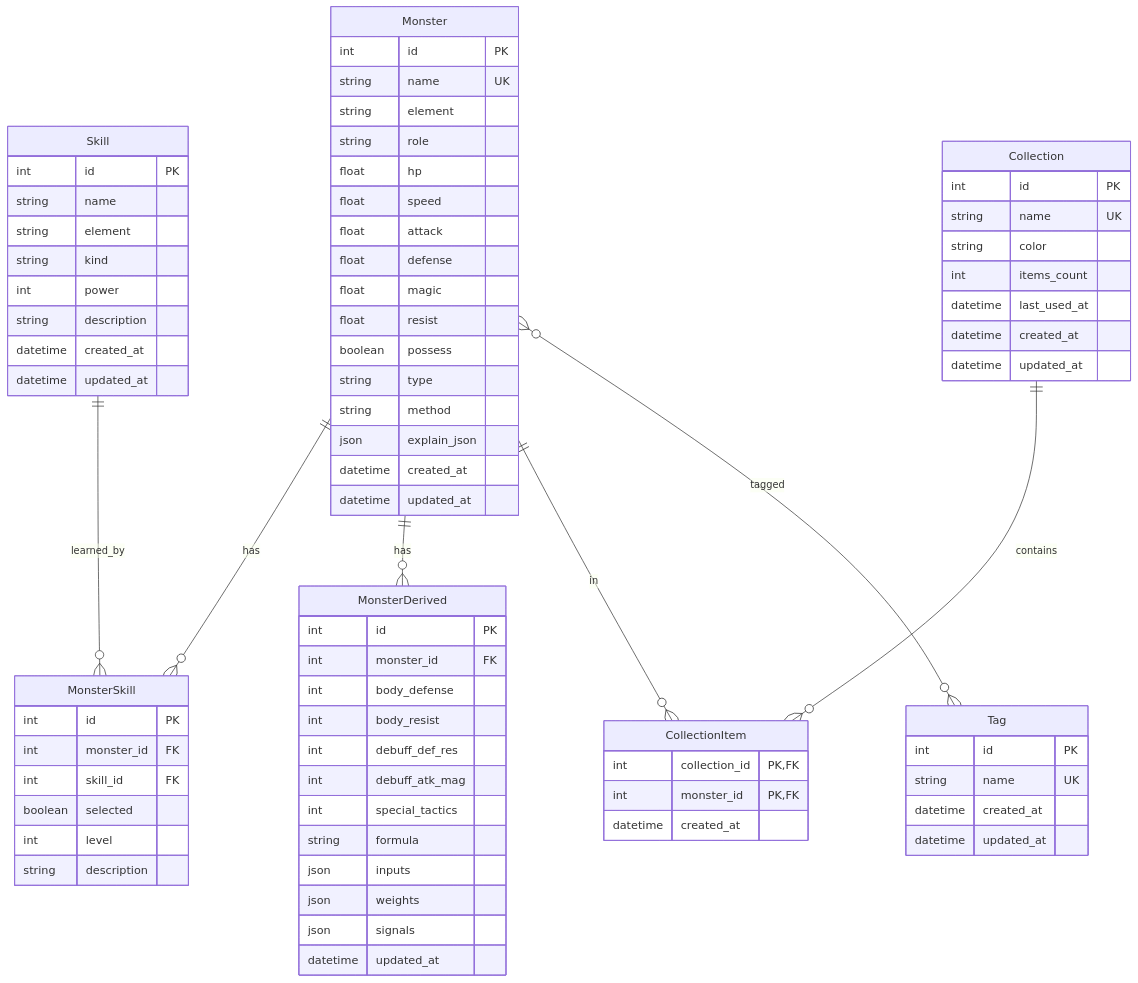
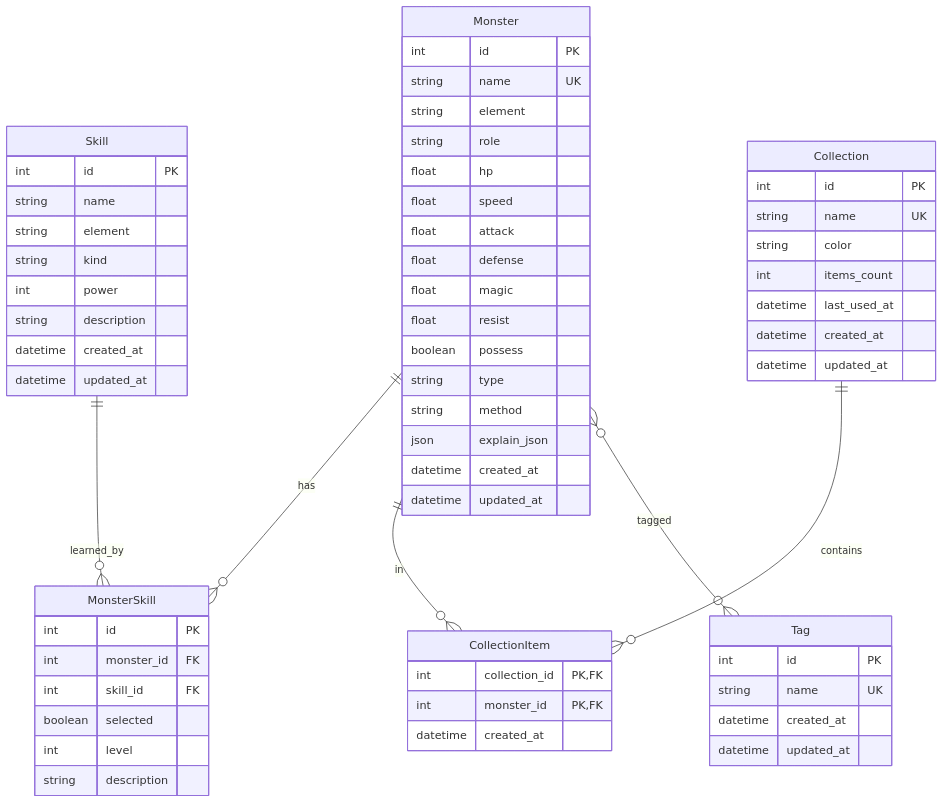
Before and after one commit to MGX-LJY/kbxy-monsters-pro: the sixth of 6 diagrams in docs/architecture/overview.md, drawn with Mermaid. The commit also changed other lines of this file and 9 other files, not shown here.

````diff
--- a/docs/architecture/overview.md
+++ b/docs/architecture/overview.md
@@ -262,7 +255,7 @@
 ```mermaid
 erDiagram
     Monster ||--o{ MonsterSkill : has
-    Monster ||--o{ MonsterDerived : has
+
     Monster ||--o{ CollectionItem : in
     Monster }o--o{ Tag : tagged
     
@@ -288,20 +281,7 @@
         datetime updated_at
     }
     
-    MonsterDerived {
-        int id PK
-        int monster_id FK
-        int body_defense
-        int body_resist
-        int debuff_def_res
-        int debuff_atk_mag
-        int special_tactics
-        string formula
-        json inputs
-        json weights
-        json signals
-        datetime updated_at
-    }
+
     
     Skill {
         int id PK
````
